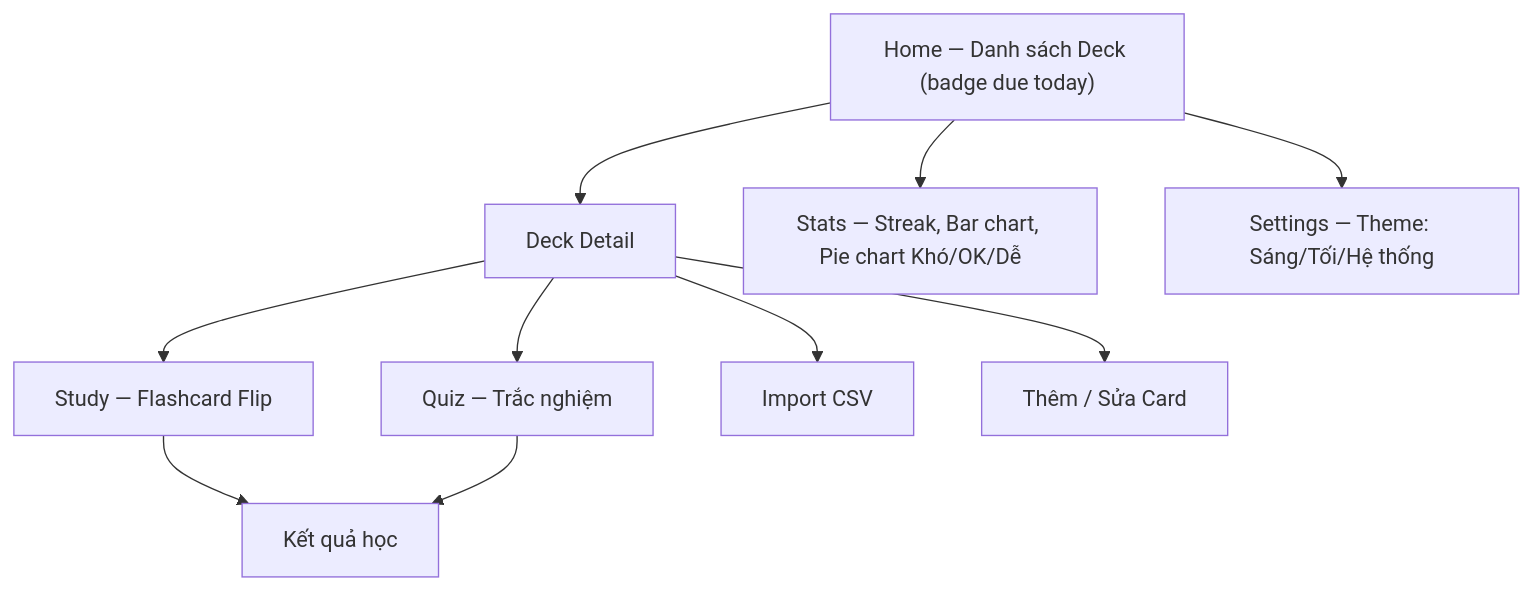
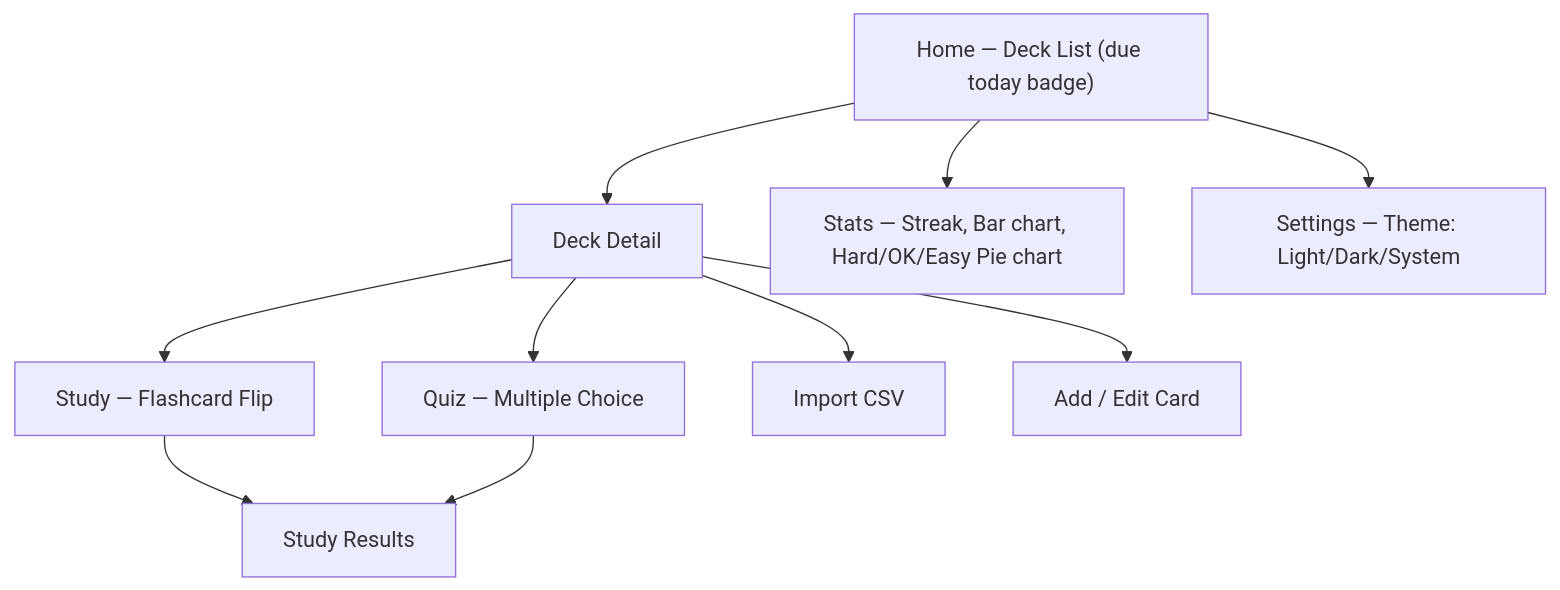
One commit to githubuser2777/ZenFlashCard changed the diagram in Plan_arch/plan_architect.md. Above: the diagram before and after it, drawn with Mermaid. The commit also changed other lines of this file and 2 other files, not shown here.

Commit message:
docs: translate remaining architecture and design documentation to English

````diff
--- a/Plan_arch/plan_architect.md
+++ b/Plan_arch/plan_architect.md
@@ -560,12 +560,12 @@
 ```mermaid
 flowchart TD
-    A["Home — Danh sách Deck (badge due today)"] --> B[Deck Detail]
+    A["Home — Deck List (due today badge)"] --> B[Deck Detail]
     B --> C[Study — Flashcard Flip]
-    B --> D[Quiz — Trắc nghiệm]
+    B --> D[Quiz — Multiple Choice]
     B --> E[Import CSV]
-    B --> F[Thêm / Sửa Card]
-    A --> G["Stats — Streak, Bar chart, Pie chart Khó/OK/Dễ"]
-    A --> H["Settings — Theme: Sáng/Tối/Hệ thống"]
-    C --> I[Kết quả học]
+    B --> F[Add / Edit Card]
+    A --> G["Stats — Streak, Bar chart, Hard/OK/Easy Pie chart"]
+    A --> H["Settings — Theme: Light/Dark/System"]
+    C --> I[Study Results]
     D --> I
 ```
````
